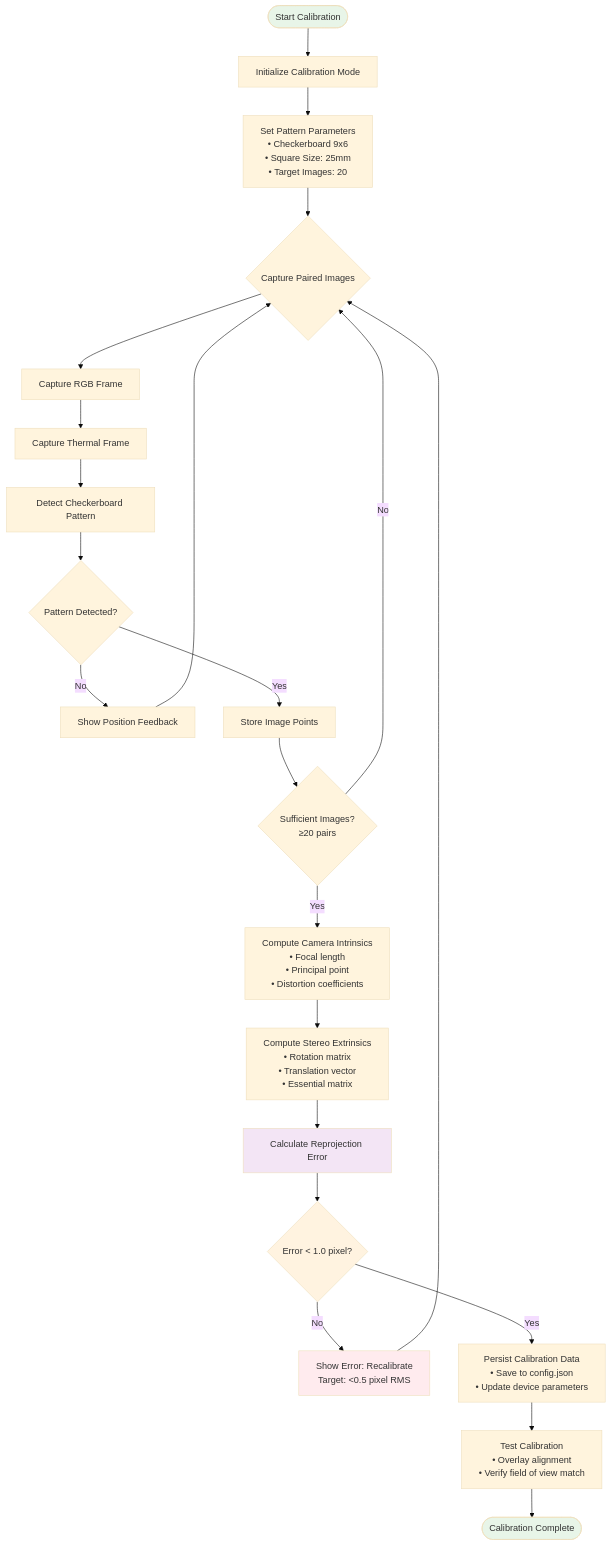
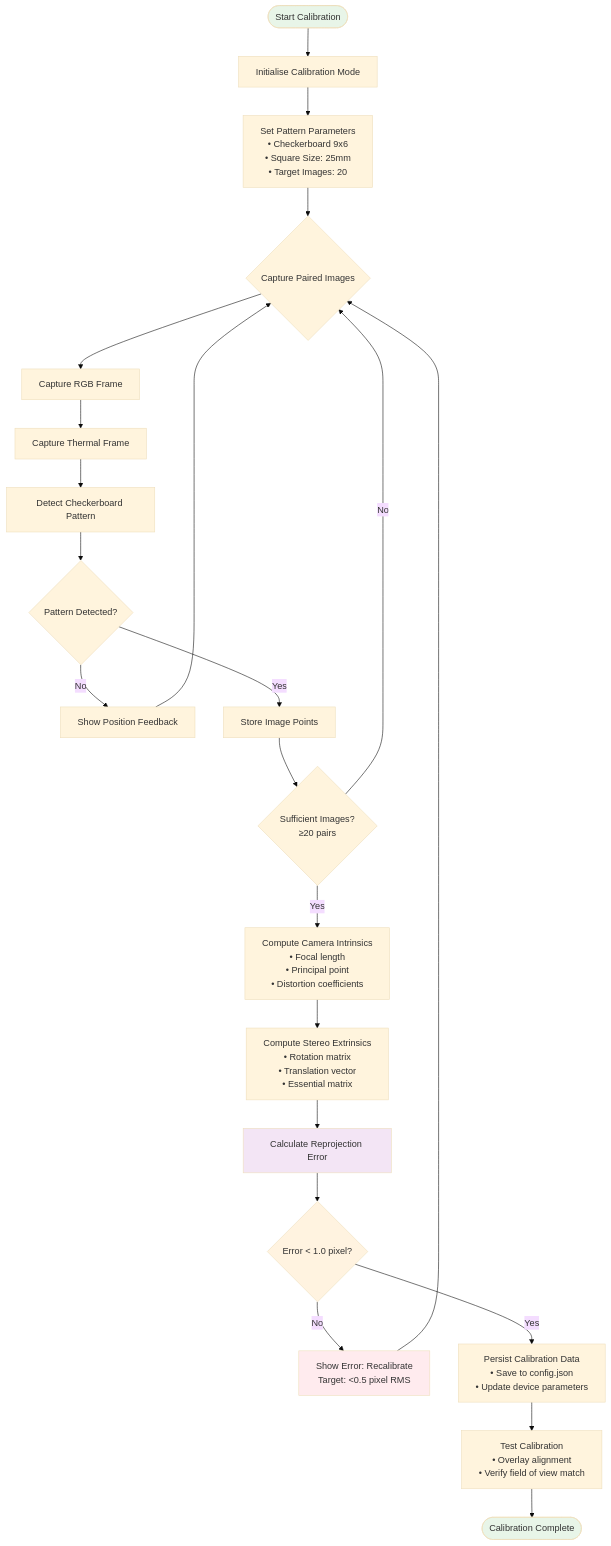
Diagram 15 of 19 in docs/diagrams/chapter3_diagrams.md (buccancs/fyp-multi-sensor-recording-system), drawn with Mermaid (base theme) before and after one commit. The commit also changed other lines of this file and 67 other files, not shown here.

````diff
--- a/docs/diagrams/chapter3_diagrams.md
+++ b/docs/diagrams/chapter3_diagrams.md
@@ -473,40 +473,40 @@
 ```mermaid
 flowchart TD
-    Start([Start Calibration]) --> Init[Initialize Calibration Mode]
+    Start([Start Calibration]) --> Init[Initialise Calibration Mode]
     Init --> SetParams[Set Pattern Parameters<br/>• Checkerboard 9x6<br/>• Square Size: 25mm<br/>• Target Images: 20]
     
     SetParams --> CaptureLoop{Capture Paired Images}
     CaptureLoop --> CaptureRGB[Capture RGB Frame]
     CaptureRGB --> CaptureThermal[Capture Thermal Frame]
     CaptureThermal --> DetectPattern[Detect Checkerboard Pattern]
     
     DetectPattern --> PatternFound{Pattern Detected?}
     PatternFound -->|No| ShowFeedback[Show Position Feedback]
     ShowFeedback --> CaptureLoop
     
     PatternFound -->|Yes| StorePoints[Store Image Points]
     StorePoints --> CountCheck{Sufficient Images?<br/>≥20 pairs}
     CountCheck -->|No| CaptureLoop
     
     CountCheck -->|Yes| ComputeIntrinsics[Compute Camera Intrinsics<br/>• Focal length<br/>• Principal point<br/>• Distortion coefficients]
     
     ComputeIntrinsics --> ComputeExtrinsics[Compute Stereo Extrinsics<br/>• Rotation matrix<br/>• Translation vector<br/>• Essential matrix]
     
     ComputeExtrinsics --> ValidateError[Calculate Reprojection Error]
     ValidateError --> ErrorCheck{Error < 1.0 pixel?}
     
     ErrorCheck -->|No| ErrorFeedback[Show Error: Recalibrate<br/>Target: <0.5 pixel RMS]
     ErrorFeedback --> CaptureLoop
     
     ErrorCheck -->|Yes| SaveCalibration[Persist Calibration Data<br/>• Save to config.json<br/>• Update device parameters]
     
     SaveCalibration --> TestCalibration[Test Calibration<br/>• Overlay alignment<br/>• Verify field of view match]
     
     TestCalibration --> Complete([Calibration Complete])
     
     style Start fill:#e8f5e8
     style Complete fill:#e8f5e8
     style ErrorFeedback fill:#ffebee
     style ErrorCheck fill:#fff3e0
     style ValidateError fill:#f3e5f5
 ```
````
